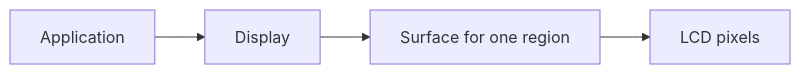
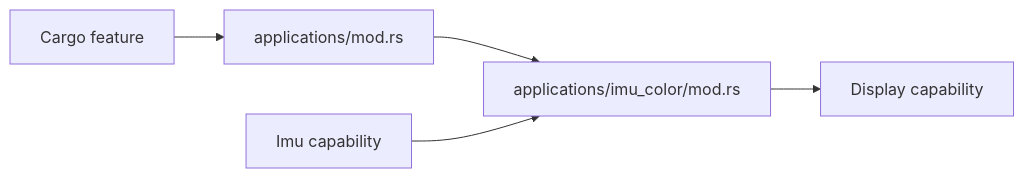
One commit to wackazong/hackandhike-2026 changed the eighth of 17 diagrams in README.md. Above: the diagram before and after it, drawn with Mermaid. The commit also changed other lines of this file, not shown here.

Commit message:
Expand beginner application examples

````diff
--- a/README.md
+++ b/README.md
@@ -727,6 +614,7 @@
 ```mermaid
 flowchart LR
-    App["Application"] --> Display["Display"]
-    Display --> Surface["Surface for one region"]
-    Surface --> LCD["LCD pixels"]
+    Cargo["Cargo feature"] --> Selector["applications/mod.rs"]
+    Selector --> App["applications/imu_color/mod.rs"]
+    IMU["Imu capability"] --> App
+    App --> Display["Display capability"]
 ```
````
